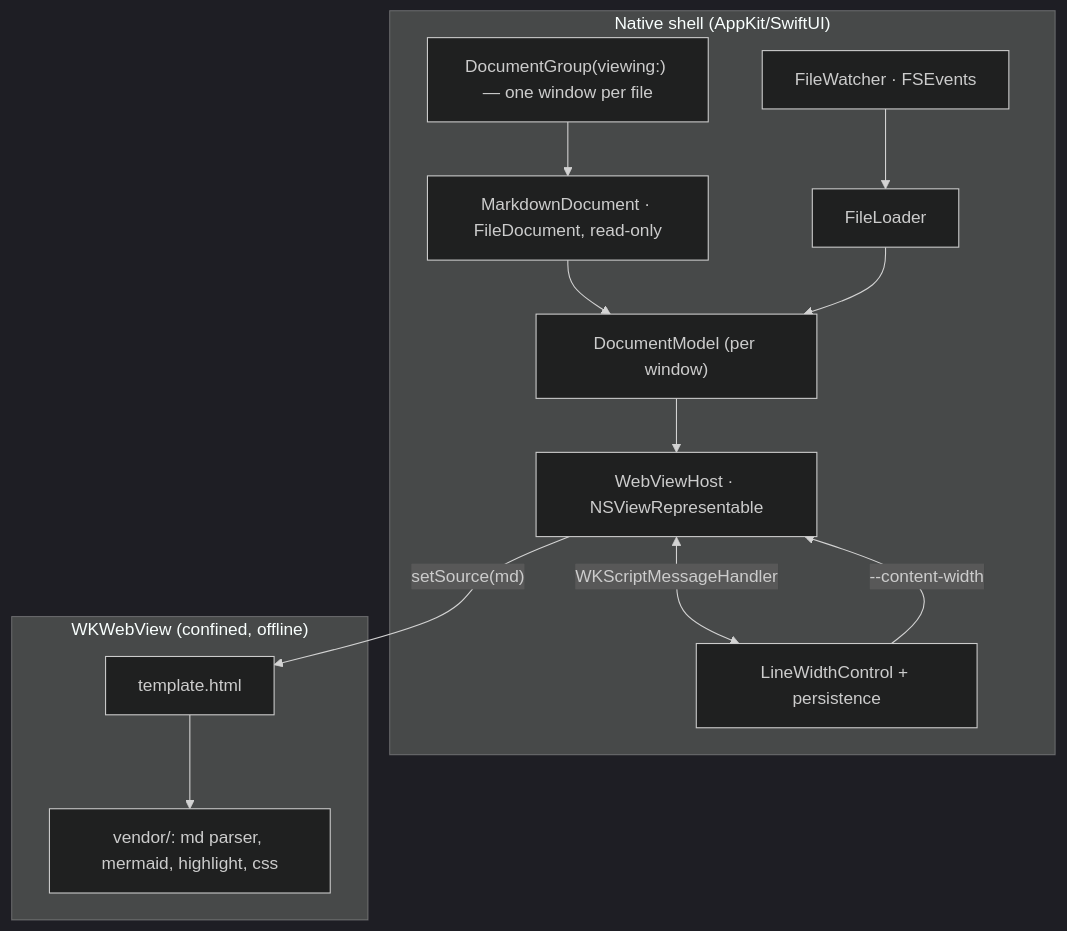
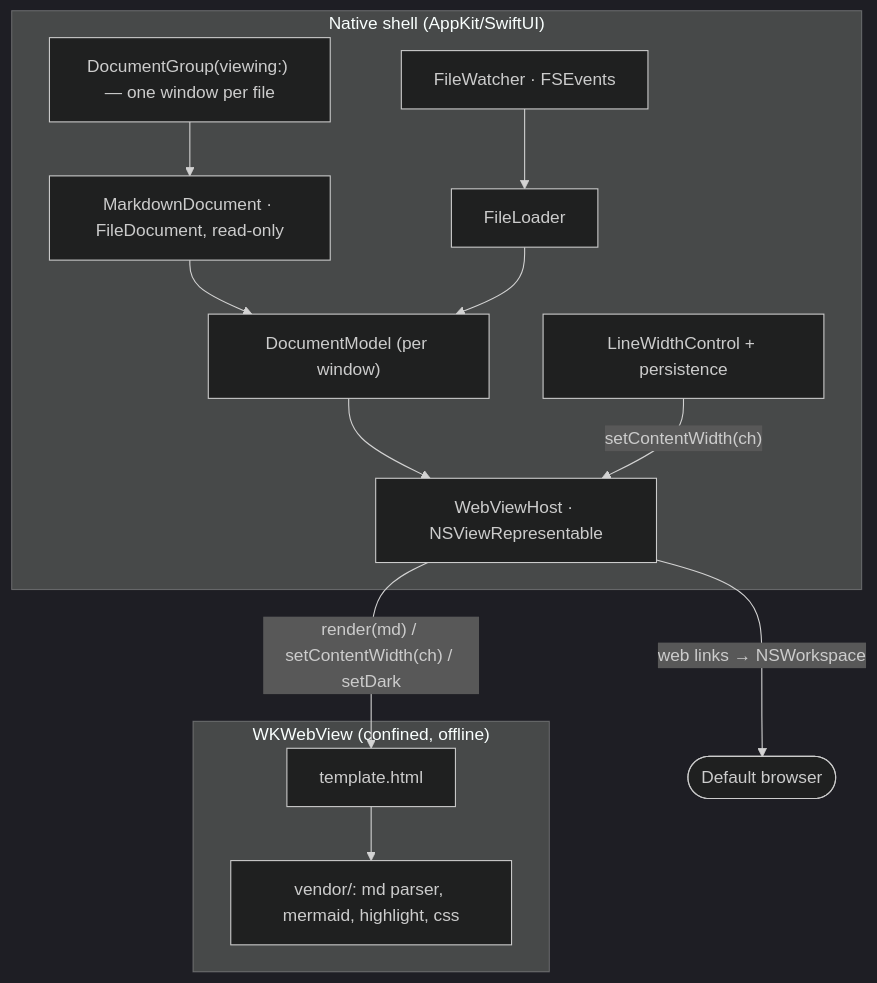
The diagram in documents/design.md (korchasa/markio-macos-markdown-preview), drawn with Mermaid (dark theme) before and after one commit. The commit also changed other lines of this file and 16 other files, not shown here.

````diff
--- a/documents/design.md
+++ b/documents/design.md
@@ -9,23 +9,23 @@
 ```mermaid
 flowchart TD
   subgraph Native["Native shell (AppKit/SwiftUI)"]
     Group["DocumentGroup(viewing:) — one window per file"]
     Doc[MarkdownDocument · FileDocument, read-only]
     Model["DocumentModel (per window)"]
     Loader[FileLoader]
     Watcher[FileWatcher · FSEvents]
     WidthCtl[LineWidthControl + persistence]
     Host[WebViewHost · NSViewRepresentable]
   end
   subgraph Web["WKWebView (confined, offline)"]
     Template[template.html]
     Vendor[vendor/: md parser, mermaid, highlight, css]
   end
   Group --> Doc --> Model
   Model --> Host
   Watcher --> Loader --> Model
-  WidthCtl -- "--content-width" --> Host
-  Host -- "setSource(md)" --> Template
+  WidthCtl -- "setContentWidth(ch)" --> Host
+  Host -- "render(md) / setContentWidth(ch) / setDark" --> Template
   Template --> Vendor
-  Host <-- "WKScriptMessageHandler" --> WidthCtl
+  Host -- "web links → NSWorkspace" --> Browser([Default browser])
 ```
````
